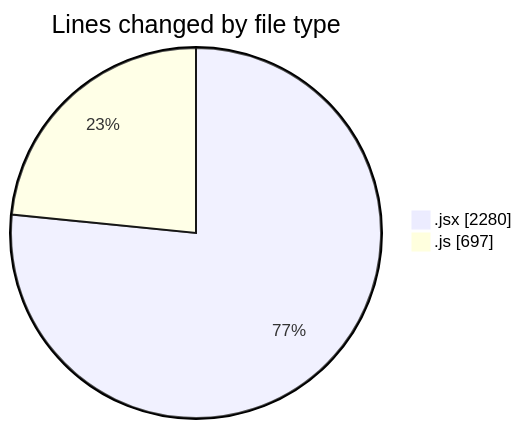
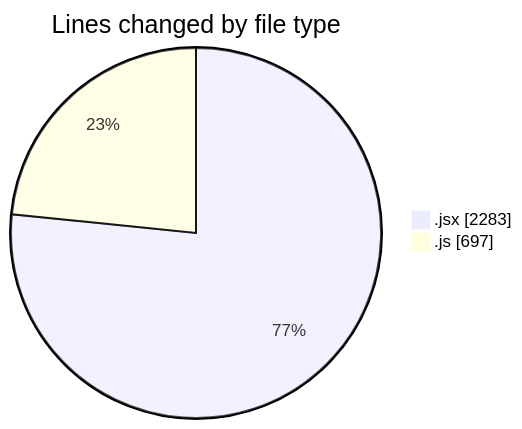
Before and after one commit to nxtqubesakshisongat/code-tracking: the first of 2 diagrams in 2025-11-13/argos/README.md, drawn with Mermaid. The commit also changed other lines of this file and 1 other file, not shown here.

````diff
--- a/2025-11-13/argos/README.md
+++ b/2025-11-13/argos/README.md
@@ -29,6 +29,6 @@
 ```mermaid
 pie showData
 title Lines changed by file type
-".jsx" : 2280
+".jsx" : 2283
 ".js" : 697
 ```
````
